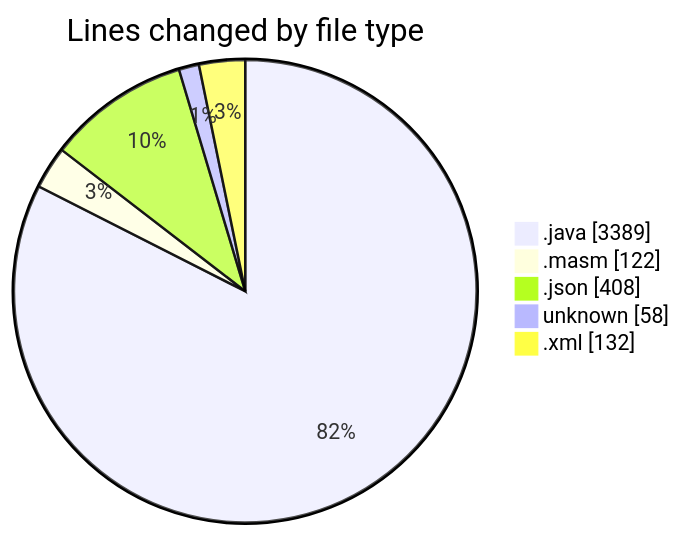
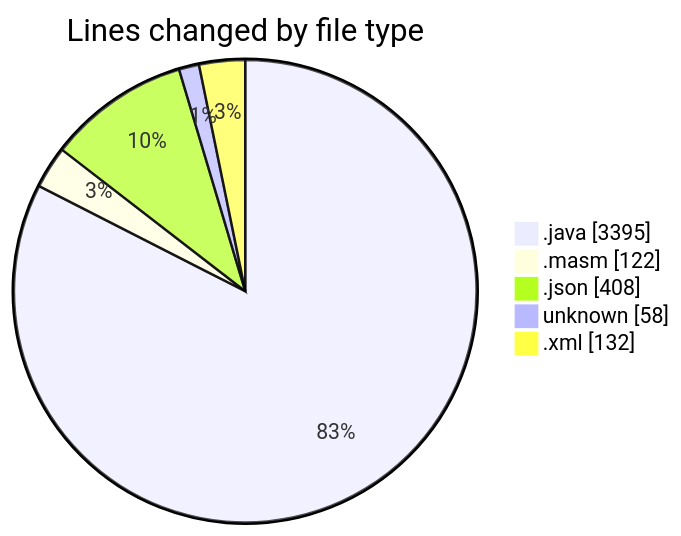
The first of 2 diagrams in 2025-02-19/masm/README.md (charlie-sans/code-tracking), drawn with Mermaid before and after one commit. The commit also changed other lines of this file and 1 other file, not shown here.

````diff
--- a/2025-02-19/masm/README.md
+++ b/2025-02-19/masm/README.md
@@ -41,9 +41,9 @@
 ```mermaid
 pie showData
 title Lines changed by file type
-".java" : 3389
+".java" : 3395
 ".masm" : 122
 ".json" : 408
 "unknown" : 58
 ".xml" : 132
 ```
````
